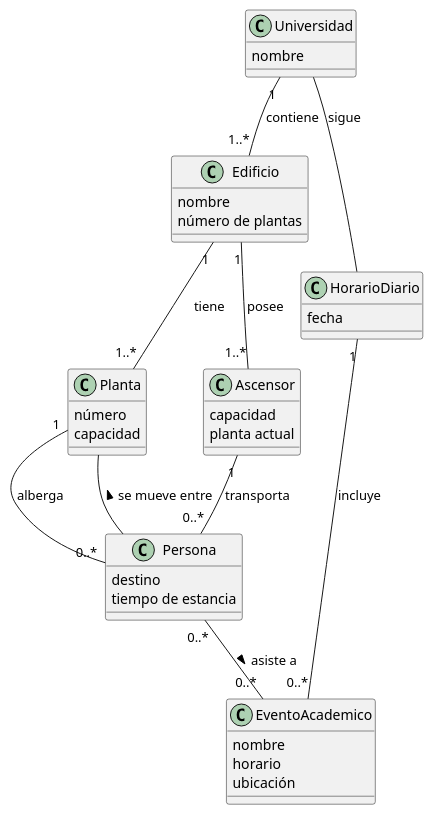
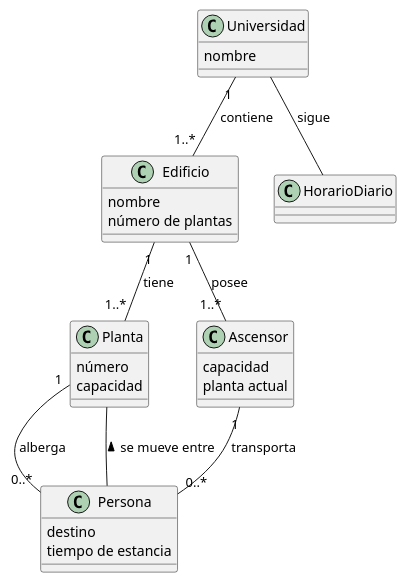
Before and after one commit to puntoReflex/pyAscensores: the diagram in src/mdd/001-DdC.puml, drawn with PlantUML. The commit also changed 5 other files, not shown here.

First line of the commit message:
Actualización de modelos UML y documentación

```diff
--- a/src/mdd/001-DdC.puml
+++ b/src/mdd/001-DdC.puml
@@ -1,47 +1,35 @@
 @startuml
 
 class Universidad {
   nombre
 }
 
 class Edificio {
   nombre
   número de plantas
 }
 
 class Planta {
   número
   capacidad
 }
 
 class Ascensor {
   capacidad
   planta actual
 }
 
 class Persona {
   destino
   tiempo de estancia
 }
 
-class HorarioDiario {
-  fecha
-}
-
-class EventoAcademico {
-  nombre
-  horario
-  ubicación
-}
-
 Universidad "1" -- "1..*" Edificio : contiene
 Edificio "1" -- "1..*" Planta : tiene
 Edificio "1" -- "1..*" Ascensor : posee
 Planta "1" -- "0..*" Persona : alberga
 Ascensor "1" -- "0..*" Persona : transporta
 Persona -- Planta : se mueve entre >
 Universidad -- HorarioDiario : sigue
-HorarioDiario "1" -- "0..*" EventoAcademico : incluye
-Persona "0..*" -- "0..*" EventoAcademico : asiste a >
 
 @enduml
```
